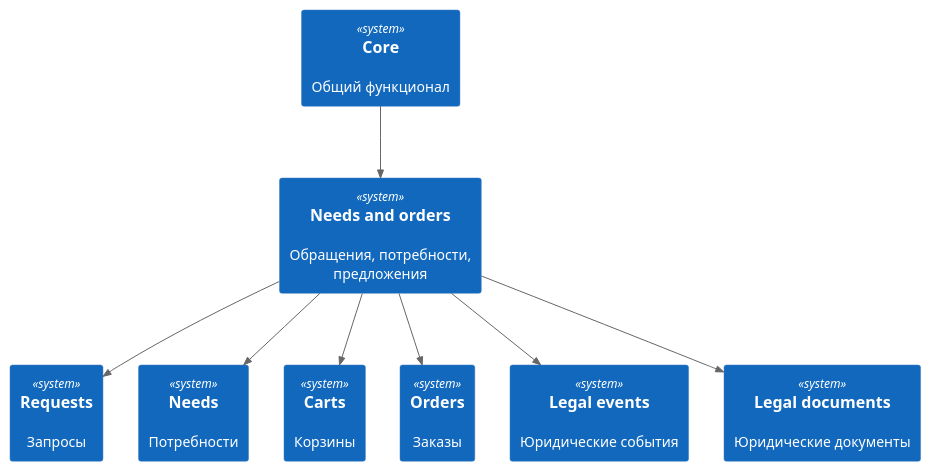
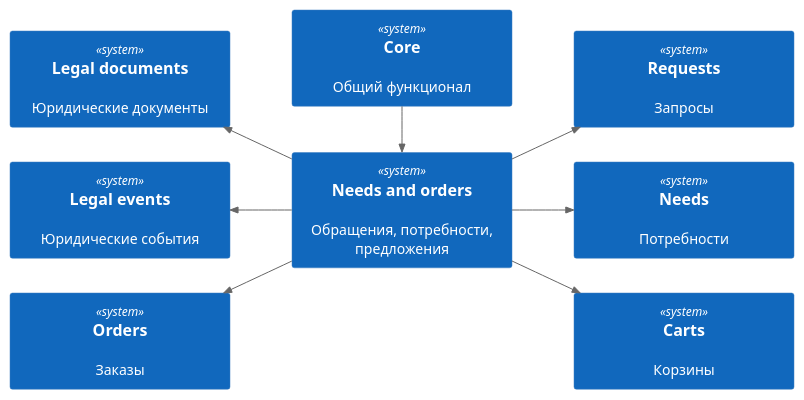
The diagram in static/05_01_03_img/needs_and_orders.puml (lulya31/some), drawn with PlantUML before and after one commit. The commit also changed 103 other files, not shown here.

```diff
--- a/static/05_01_03_img/needs_and_orders.puml
+++ b/static/05_01_03_img/needs_and_orders.puml
@@ -4,48 +4,34 @@
 @startuml
 
 '!include https://raw.githubusercontent.com/plantuml-stdlib/C4-PlantUML/master/C4_Context.puml
 
-' uncomment the following line and comment the first to use locally
-' !include C4_Context.puml
-
 !include static/includes/c4_context.puml
 !include static/includes/c4_container.puml
 
-'left to right direction
-
 'skinparam svgLinkTarget _blank
 skinparam backgroundcolor transparent
+skinparam minClassWidth 200
 
-<style>
-System {
-    MinimumWidth 300
-    MinimumHeight 150
-}
-</style>
-
-LAYOUT_TOP_DOWN()
-'LAYOUT_AS_SKETCH()
-'LAYOUT_WITH_LEGEND()
-'LAYOUT_LANDSCAPE()
+LAYOUT_LEFT_RIGHT()
 
 System(core, "Core", "Общий функционал", $link="/05_c4/01_core/")
 
 System(needs_and_orders, "Needs and orders", "Обращения, потребности, предложения")
 
 System(requests, "Requests", "Запросы", $link="/05_c4/01_core/03_needs_and_orders/01_requests/")
 System(needs, "Needs", "Потребности", $link="/05_c4/01_core/03_needs_and_orders/02_needs/")
 System(carts, "Carts", "Корзины", $link="/05_c4/01_core/03_needs_and_orders/03_carts/")
 System(orders, "Orders", "Заказы", $link="/05_c4/01_core/03_needs_and_orders/04_orders/")
 System(legal_events, "Legal events", "Юридические события", $link="/05_c4/01_core/03_needs_and_orders/05_legal_events/")
 System(legal_documents, "Legal documents", "Юридические документы", $link="/05_c4/01_core/03_needs_and_orders/06_legal_documents/")
 
-Rel_D(core, needs_and_orders, "")
+Rel_R(core, needs_and_orders, "")
 
 Rel_D(needs_and_orders, requests, "")
 Rel_D(needs_and_orders, needs, "")
 Rel_D(needs_and_orders, carts, "")
-Rel_D(needs_and_orders, orders, "")
-Rel_D(needs_and_orders, legal_events, "")
-Rel_D(needs_and_orders, legal_documents, "")
+Rel_U(needs_and_orders, orders, "")
+Rel_U(needs_and_orders, legal_events, "")
+Rel_U(needs_and_orders, legal_documents, "")
 
 @enduml
```
